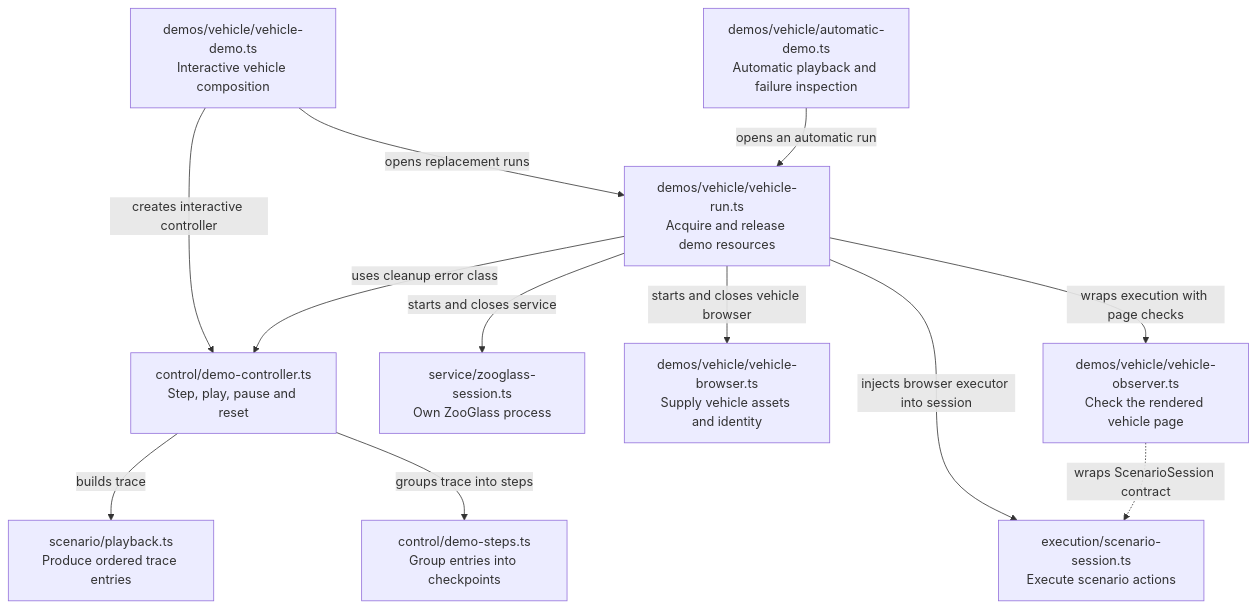
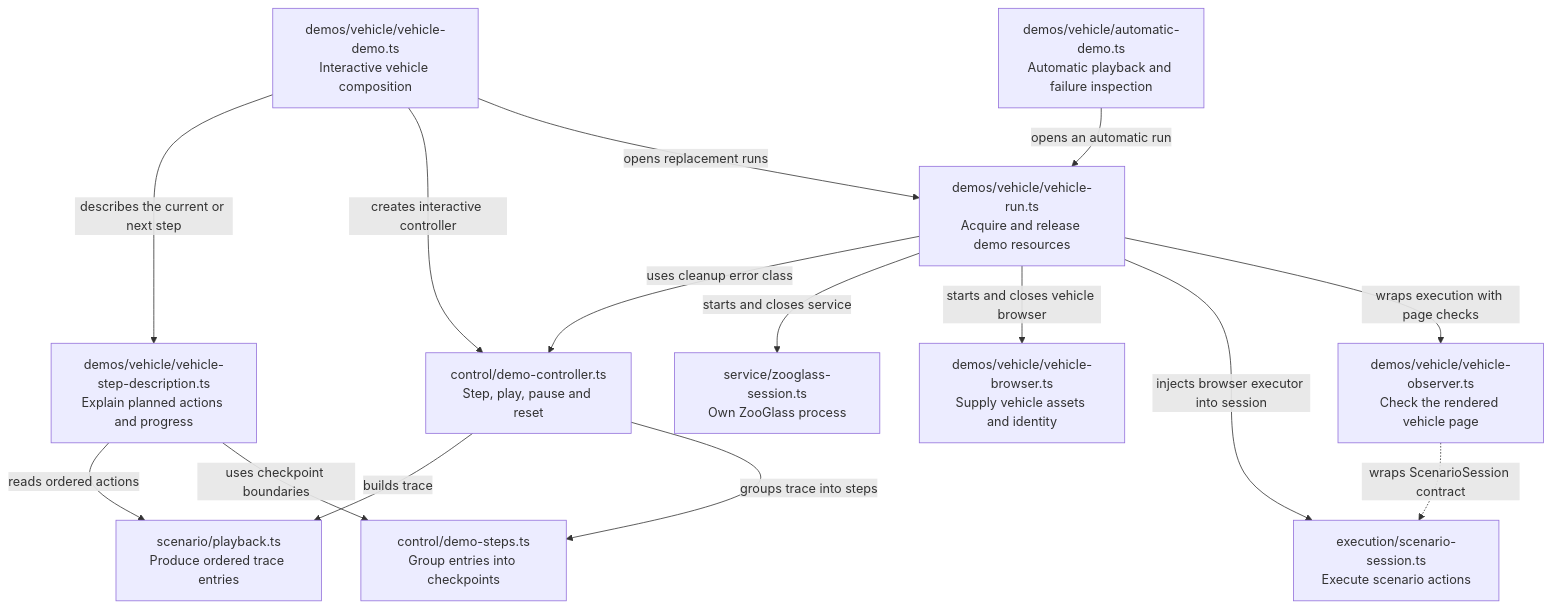
Before and after one commit to sproates/zooglass: the fourth of 6 diagrams in incubator/workbench/docs/source-map.md, drawn with Mermaid. The commit also changed other lines of this file and 17 other files, not shown here.

First line of the commit message:
Explain vehicle demo steps and show recent run activity (#61)

````diff
--- a/incubator/workbench/docs/source-map.md
+++ b/incubator/workbench/docs/source-map.md
@@ -140,24 +140,28 @@
 ```mermaid
 flowchart TB
   vehicle["demos/vehicle/vehicle-demo.ts<br/>Interactive vehicle composition"]
   automatic["demos/vehicle/automatic-demo.ts<br/>Automatic playback and failure inspection"]
   controller["control/demo-controller.ts<br/>Step, play, pause and reset"]
   steps["control/demo-steps.ts<br/>Group entries into checkpoints"]
   playback["scenario/playback.ts<br/>Produce ordered trace entries"]
   run["demos/vehicle/vehicle-run.ts<br/>Acquire and release demo resources"]
   service["service/zooglass-session.ts<br/>Own ZooGlass process"]
   browser["demos/vehicle/vehicle-browser.ts<br/>Supply vehicle assets and identity"]
   session["execution/scenario-session.ts<br/>Execute scenario actions"]
   observer["demos/vehicle/vehicle-observer.ts<br/>Check the rendered vehicle page"]
+  descriptions["demos/vehicle/vehicle-step-description.ts<br/>Explain planned actions and progress"]
+  vehicle -->|describes the current or next step| descriptions
+  descriptions -->|reads ordered actions| playback
+  descriptions -->|uses checkpoint boundaries| steps
   vehicle -->|creates interactive controller| controller
   vehicle -->|opens replacement runs| run
   automatic -->|opens an automatic run| run
   controller -->|builds trace| playback
   controller -->|groups trace into steps| steps
   run -->|uses cleanup error class| controller
   run -->|starts and closes service| service
   run -->|starts and closes vehicle browser| browser
   run -->|injects browser executor into session| session
   run -->|wraps execution with page checks| observer
   observer -.->|wraps ScenarioSession contract| session
 ```
````
